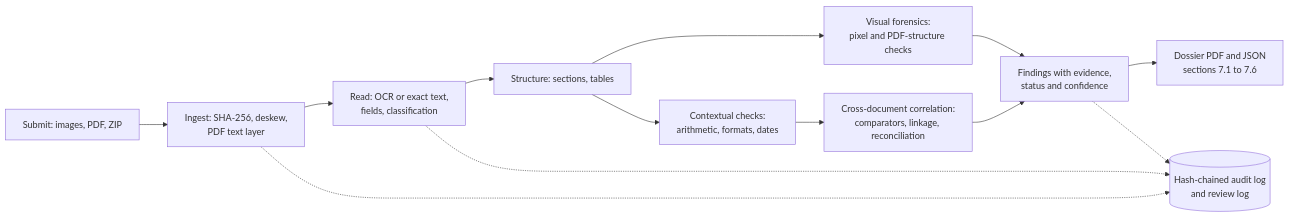
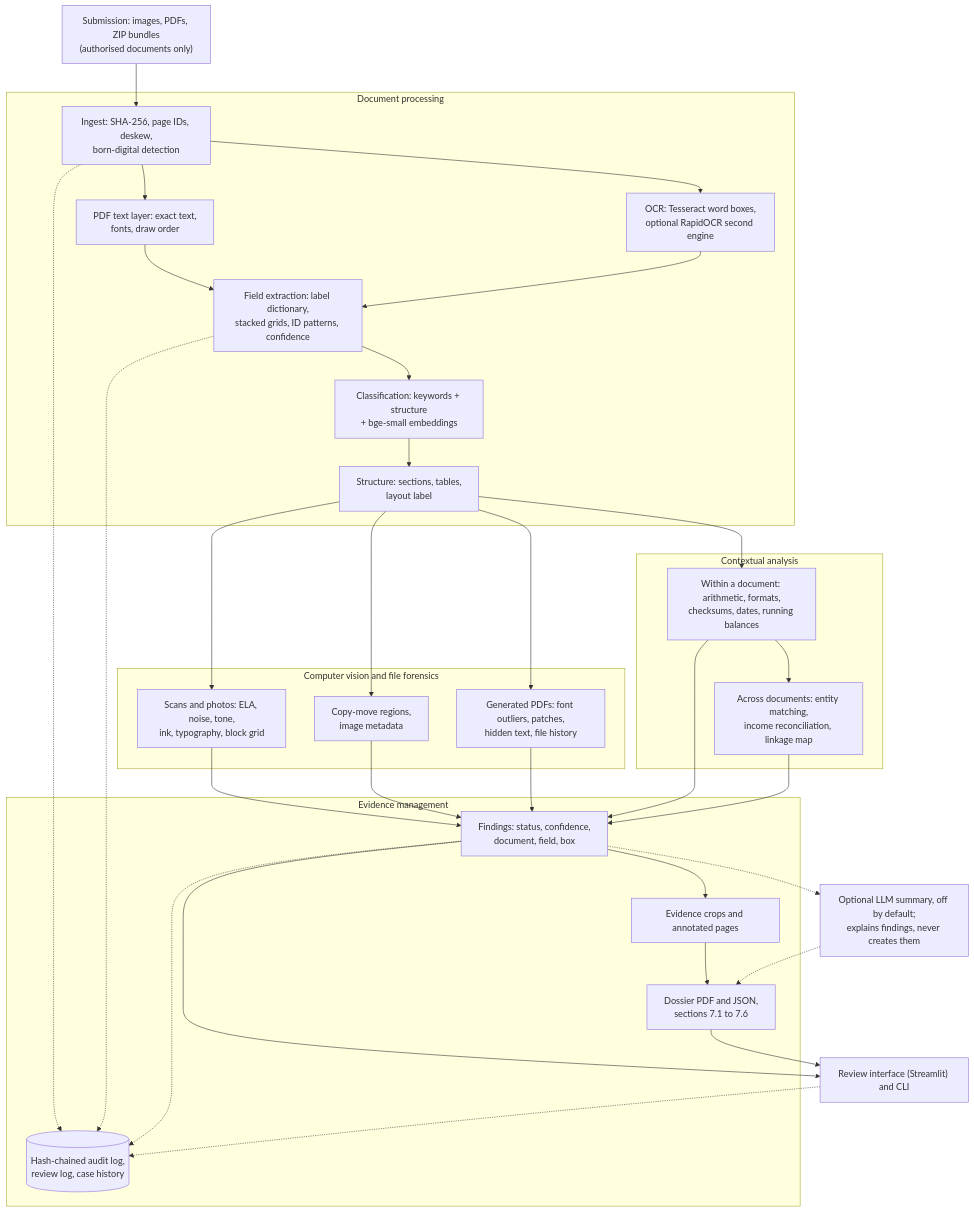
Before and after one commit to ArnavModi-MSIT/DocForensics-Investigator: the diagram in README.md, drawn with Mermaid. The commit also changed other lines of this file and 17 other files, not shown here.

Commit message:
Add PDF structure signals, amount patterns, related work, architecture diagram and deck

````diff
--- a/README.md
+++ b/README.md
@@ -16,15 +16,53 @@
 ```mermaid
-flowchart LR
-  A[Submit: images, PDF, ZIP] --> B[Ingest: SHA-256, deskew,<br/>PDF text layer]
-  B --> C[Read: OCR or exact text,<br/>fields, classification]
-  C --> D[Structure: sections, tables]
-  D --> E[Visual forensics:<br/>pixel and PDF-structure checks]
-  D --> F[Contextual checks:<br/>arithmetic, formats, dates]
-  F --> G[Cross-document correlation:<br/>comparators, linkage, reconciliation]
-  E --> H[Findings with evidence,<br/>status and confidence]
-  G --> H
-  H --> I[Dossier PDF and JSON<br/>sections 7.1 to 7.6]
-  B -.-> L[(Hash-chained audit log<br/>and review log)]
-  C -.-> L
-  H -.-> L
+flowchart TB
+  IN["Submission: images, PDFs, ZIP bundles<br/>(authorised documents only)"]
+  subgraph PROC["Document processing"]
+    ING["Ingest: SHA-256, page IDs, deskew,<br/>born-digital detection"]
+    TXT["PDF text layer: exact text,<br/>fonts, draw order"]
+    OCR["OCR: Tesseract word boxes,<br/>optional RapidOCR second engine"]
+    EXT["Field extraction: label dictionary,<br/>stacked grids, ID patterns, confidence"]
+    CLS["Classification: keywords + structure<br/>+ bge-small embeddings"]
+    STR["Structure: sections, tables,<br/>layout label"]
+  end
+  subgraph CV["Computer vision and file forensics"]
+    PIX["Scans and photos: ELA, noise, tone,<br/>ink, typography, block grid"]
+    CLO["Copy-move regions,<br/>image metadata"]
+    PDF["Generated PDFs: font outliers, patches,<br/>hidden text, file history"]
+  end
+  subgraph CTX["Contextual analysis"]
+    INT["Within a document: arithmetic, formats,<br/>checksums, dates, running balances"]
+    CROSS["Across documents: entity matching,<br/>income reconciliation, linkage map"]
+  end
+  subgraph EVM["Evidence management"]
+    FND["Findings: status, confidence,<br/>document, field, box"]
+    EVD["Evidence crops and annotated pages"]
+    DOS["Dossier PDF and JSON,<br/>sections 7.1 to 7.6"]
+    LOG[("Hash-chained audit log,<br/>review log, case history")]
+  end
+  UI["Review interface (Streamlit) and CLI"]
+  LLM["Optional LLM summary, off by default;<br/>explains findings, never creates them"]
+  IN --> ING
+  ING --> TXT
+  ING --> OCR
+  TXT --> EXT
+  OCR --> EXT
+  EXT --> CLS --> STR
+  STR --> PIX
+  STR --> CLO
+  STR --> PDF
+  STR --> INT
+  INT --> CROSS
+  PIX --> FND
+  CLO --> FND
+  PDF --> FND
+  INT --> FND
+  CROSS --> FND
+  FND --> EVD --> DOS
+  FND --> UI
+  DOS --> UI
+  FND -.-> LLM -.-> DOS
+  ING -.-> LOG
+  EXT -.-> LOG
+  FND -.-> LOG
+  UI -.-> LOG
 ```
````
